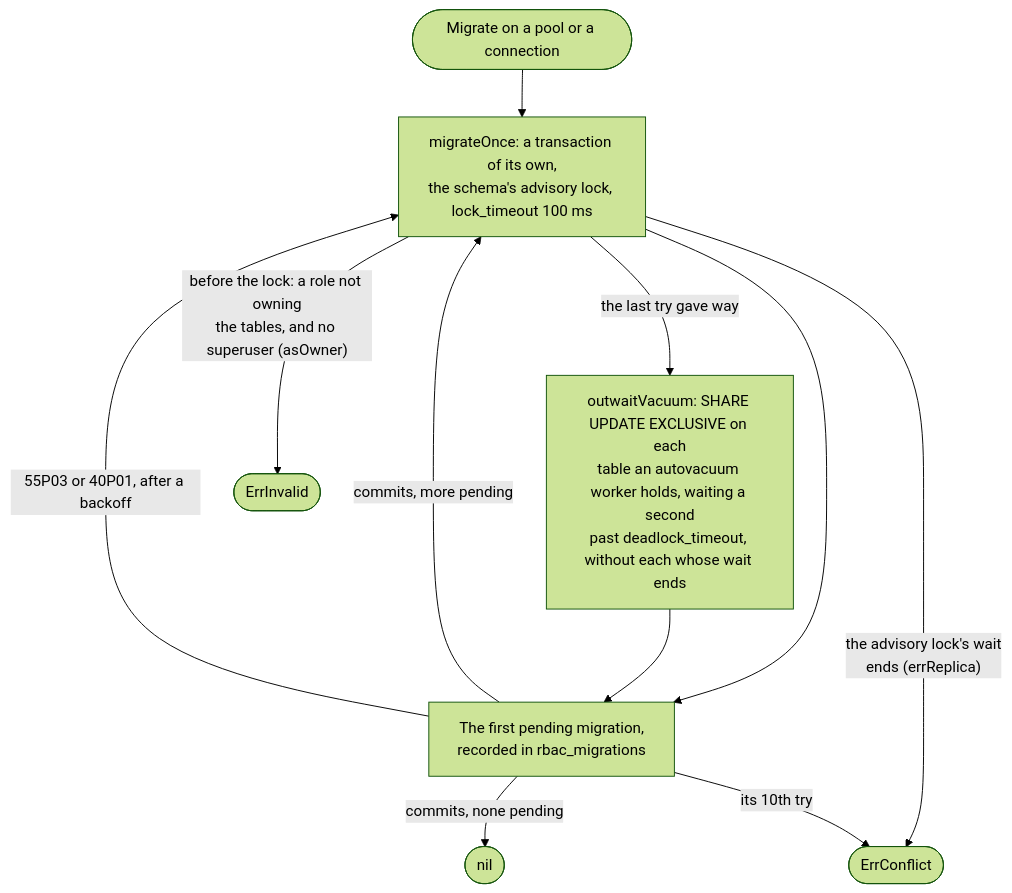
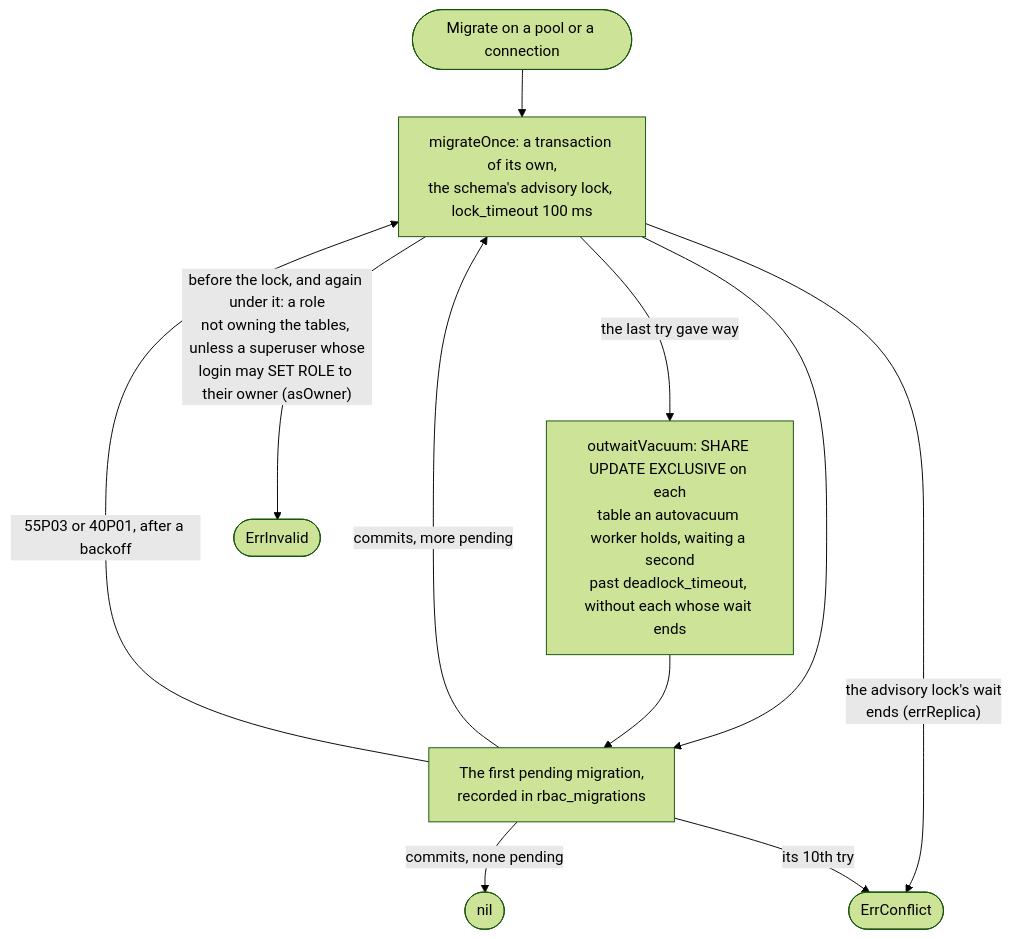
Before and after one commit to parallelworks/rbac: diagram 12 of 14 in docs/architecture.md, drawn with Mermaid (forest theme). The commit also changed other lines of this file and 3 other files, not shown here.

First line of the commit message:
fix: a superuser's Migrate beside the owner's replica, or first on the administrator's schema, made tables its own that stopped every later Migrate, and a superuser by SET ROLE failed every Migrate

````diff
--- a/docs/architecture.md
+++ b/docs/architecture.md
@@ -1442,13 +1451,13 @@
 ```mermaid
 flowchart TB
     start(["Migrate on a pool or a connection"]) --> tx["migrateOnce: a transaction of its own,<br/>the schema's advisory lock, lock_timeout 100 ms"]
     tx -->|"the last try gave way"| vac["outwaitVacuum: SHARE UPDATE EXCLUSIVE on each<br/>table an autovacuum worker holds, waiting a second<br/>past deadlock_timeout, without each whose wait ends"]
     tx --> one["The first pending migration,<br/>recorded in rbac_migrations"]
     vac --> one
     one -->|"commits, more pending"| tx
     one -->|"commits, none pending"| done(["nil"])
     tx -->|"the advisory lock's wait<br/>ends (errReplica)"| conflict(["ErrConflict"])
-    tx -->|"before the lock: a role not owning<br/>the tables, and no superuser (asOwner)"| invalid(["ErrInvalid"])
+    tx -->|"before the lock, and again under it: a role<br/>not owning the tables, unless a superuser whose<br/>login may SET ROLE to their owner (asOwner)"| invalid(["ErrInvalid"])
     one -->|"55P03 or 40P01, after a backoff"| tx
     one -->|"its 10th try"| conflict
 ```
````
